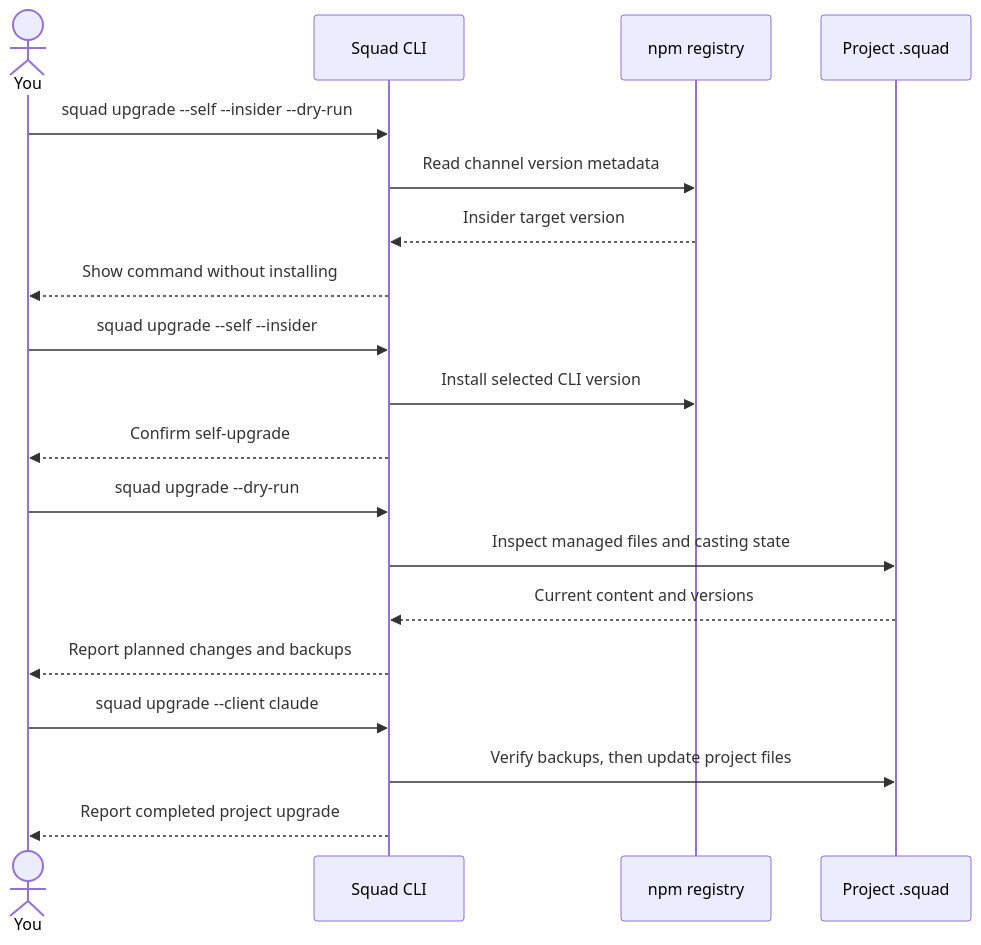
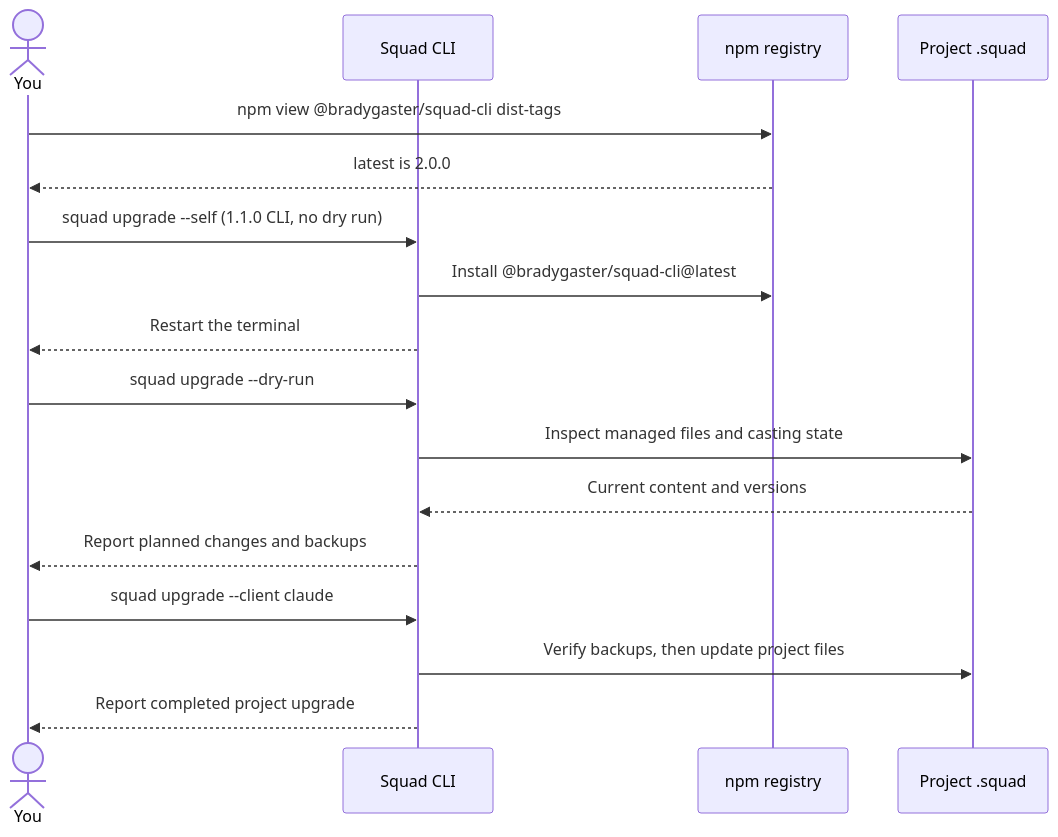
The first of 2 diagrams in book/vol2/part-04/ch22-upgrading-to-2.md (cwoodruff/squad-book), drawn with Mermaid before and after one commit. The commit also changed other lines of this file and 89 other files, not shown here.

````diff
--- a/book/vol2/part-04/ch22-upgrading-to-2.md
+++ b/book/vol2/part-04/ch22-upgrading-to-2.md
@@ -91,21 +94,19 @@
 ```mermaid
 sequenceDiagram
     actor You
     participant CLI as Squad CLI
     participant Registry as npm registry
     participant Project as Project .squad
-    You->>CLI: squad upgrade --self --insider --dry-run
-    CLI->>Registry: Read channel version metadata
-    Registry-->>CLI: Insider target version
-    CLI-->>You: Show command without installing
-    You->>CLI: squad upgrade --self --insider
-    CLI->>Registry: Install selected CLI version
-    CLI-->>You: Confirm self-upgrade
+    You->>Registry: npm view @bradygaster/squad-cli dist-tags
+    Registry-->>You: latest is 2.0.0
+    You->>CLI: squad upgrade --self (1.1.0 CLI, no dry run)
+    CLI->>Registry: Install @bradygaster/squad-cli@latest
+    CLI-->>You: Restart the terminal
     You->>CLI: squad upgrade --dry-run
     CLI->>Project: Inspect managed files and casting state
     Project-->>CLI: Current content and versions
     CLI-->>You: Report planned changes and backups
     You->>CLI: squad upgrade --client claude
     CLI->>Project: Verify backups, then update project files
     CLI-->>You: Report completed project upgrade
 ```
````
